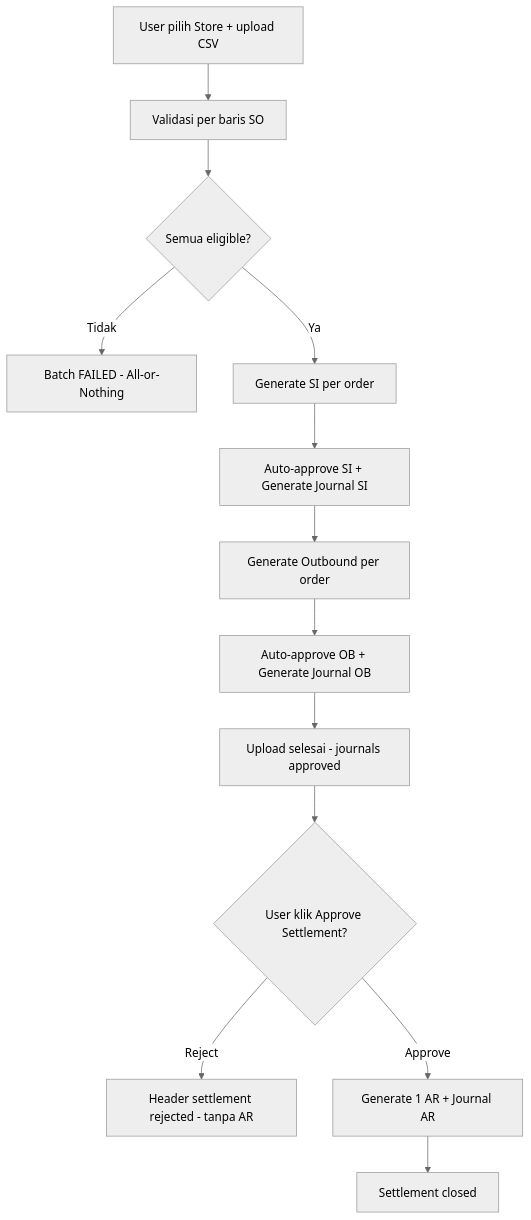
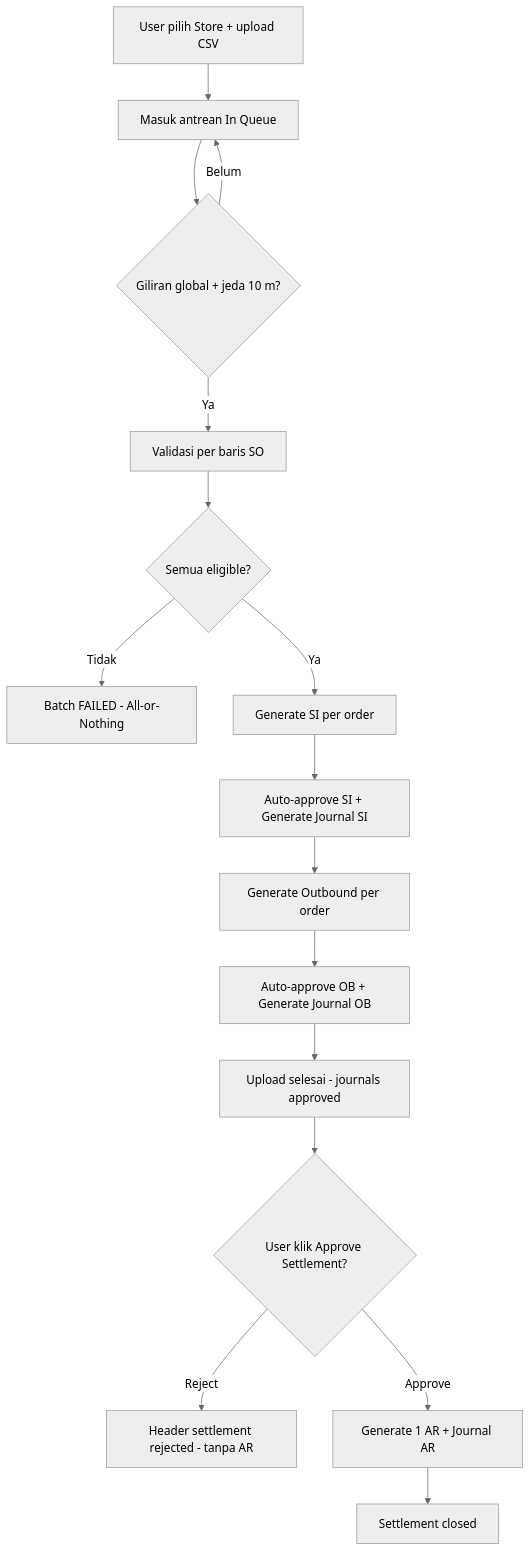
Before and after one commit to yendyr/olshoperp-docs: the first of 6 diagrams in qa-docs/accounting-settlement-upload/requirement.md, drawn with Mermaid (neutral theme). The commit also changed other lines of this file and 8 other files, not shown here.

````diff
--- a/qa-docs/accounting-settlement-upload/requirement.md
+++ b/qa-docs/accounting-settlement-upload/requirement.md
@@ -53,15 +56,18 @@
 ```mermaid
 flowchart TD
-    A[User pilih Store + upload CSV] --> B[Validasi per baris SO]
+    A[User pilih Store + upload CSV] --> Q[Masuk antrean In Queue]
+    Q --> Dsp{Giliran global + jeda 10 m?}
+    Dsp -->|Belum| Q
+    Dsp -->|Ya| B[Validasi per baris SO]
     B --> C{Semua eligible?}
     C -->|Tidak| D[Batch FAILED - All-or-Nothing]
     C -->|Ya| E[Generate SI per order]
     E --> F[Auto-approve SI + Generate Journal SI]
     F --> G[Generate Outbound per order]
     G --> H[Auto-approve OB + Generate Journal OB]
     H --> I[Upload selesai - journals approved]
     I --> J{User klik Approve Settlement?}
     J -->|Reject| K[Header settlement rejected - tanpa AR]
     J -->|Approve| L[Generate 1 AR + Journal AR]
     L --> M[Settlement closed]
 ```
````
